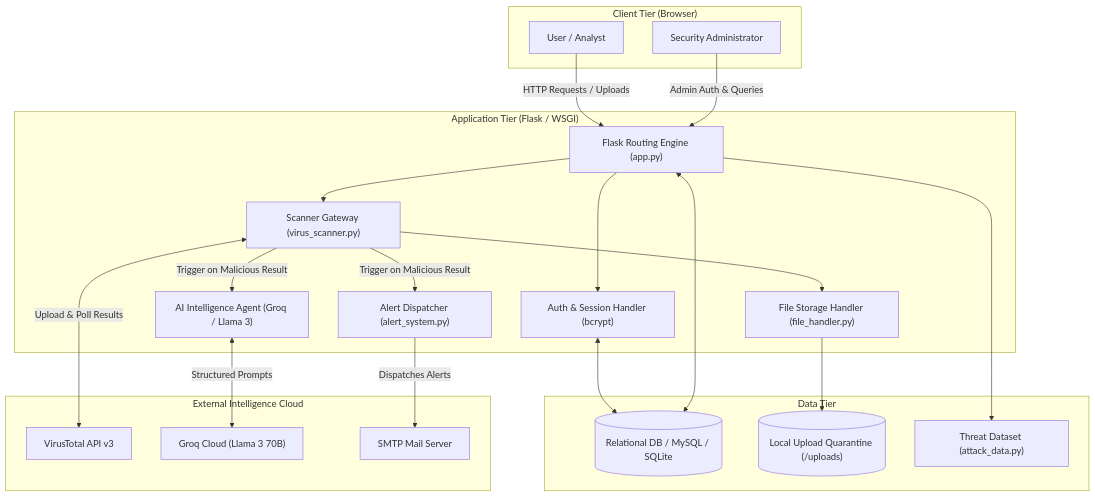
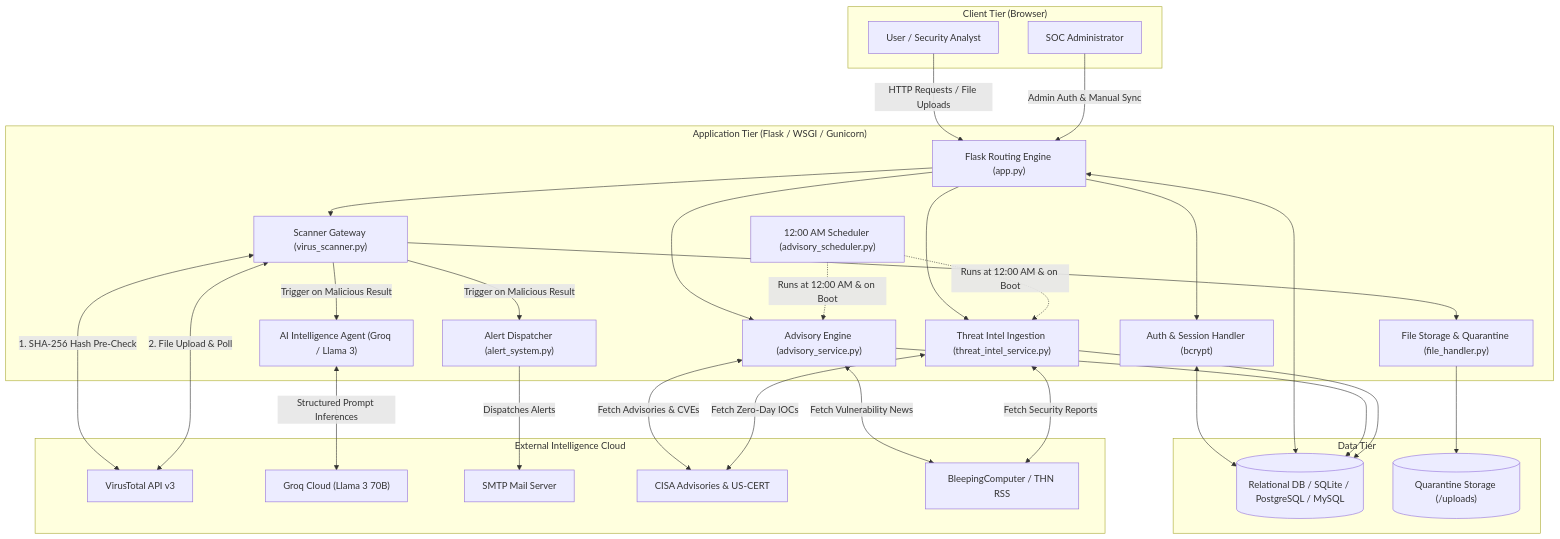
Before and after one commit to H4R5787/VirusGuard: the first of 4 diagrams in README.md, drawn with Mermaid. The commit also changed other lines of this file, not shown here.

Commit message:
docs: update README with full architecture, CISA threat intel pipeline, test suite, and database models

````diff
--- a/README.md
+++ b/README.md
@@ -70,44 +77,59 @@
 ```mermaid
 flowchart TD
     subgraph Client["Client Tier (Browser)"]
-        User["User / Analyst"]
-        AdminUser["Security Administrator"]
+        User["User / Security Analyst"]
+        AdminUser["SOC Administrator"]
     end
 
-    subgraph AppServer["Application Tier (Flask / WSGI)"]
+    subgraph AppServer["Application Tier (Flask / WSGI / Gunicorn)"]
         Router["Flask Routing Engine (app.py)"]
         AuthModule["Auth & Session Handler (bcrypt)"]
         ScannerModule["Scanner Gateway (virus_scanner.py)"]
         AIEngine["AI Intelligence Agent (Groq / Llama 3)"]
         AlertModule["Alert Dispatcher (alert_system.py)"]
-        FileModule["File Storage Handler (file_handler.py)"]
+        FileModule["File Storage & Quarantine (file_handler.py)"]
+        AdvisoryService["Advisory Engine (advisory_service.py)"]
+        ThreatIntel["Threat Intel Ingestion (threat_intel_service.py)"]
+        Scheduler["12:00 AM Scheduler (advisory_scheduler.py)"]
     end
 
     subgraph DataTier["Data Tier"]
-        DB[(Relational DB / MySQL / SQLite)]
-        DiskStorage[("Local Upload Quarantine (/uploads)")]
-        AttackData["Threat Dataset (attack_data.py)"]
+        DB[(Relational DB / SQLite / PostgreSQL / MySQL)]
+        DiskStorage[("Quarantine Storage (/uploads)")]
     end
 
     subgraph ExternalAPIs["External Intelligence Cloud"]
         VT["VirusTotal API v3"]
         GroqCloud["Groq Cloud (Llama 3 70B)"]
         SMTP["SMTP Mail Server"]
+        CISA["CISA Advisories & US-CERT"]
+        Feeds["BleepingComputer / THN RSS"]
     end
 
-    User -->|HTTP Requests / Uploads| Router
-    AdminUser -->|Admin Auth & Queries| Router
+    User -->|HTTP Requests / File Uploads| Router
+    AdminUser -->|Admin Auth & Manual Sync| Router
     Router --> AuthModule
     Router --> ScannerModule
-    Router --> AttackData
+    Router --> AdvisoryService
+    Router --> ThreatIntel
     AuthModule <--> DB
     Router <--> DB
 
     ScannerModule --> FileModule
     FileModule --> DiskStorage
-    ScannerModule <-->|Upload & Poll Results| VT
+    ScannerModule <-->|1. SHA-256 Hash Pre-Check| VT
+    ScannerModule <-->|2. File Upload & Poll| VT
     ScannerModule -->|Trigger on Malicious Result| AIEngine
     ScannerModule -->|Trigger on Malicious Result| AlertModule
-    AIEngine <-->|Structured Prompts| GroqCloud
+    AIEngine <-->|Structured Prompt Inferences| GroqCloud
     AlertModule -->|Dispatches Alerts| SMTP
+
+    Scheduler -.->|Runs at 12:00 AM & on Boot| AdvisoryService
+    Scheduler -.->|Runs at 12:00 AM & on Boot| ThreatIntel
+    AdvisoryService <-->|Fetch Advisories & CVEs| CISA
+    AdvisoryService <-->|Fetch Vulnerability News| Feeds
+    ThreatIntel <-->|Fetch Zero-Day IOCs| CISA
+    ThreatIntel <-->|Fetch Security Reports| Feeds
+    AdvisoryService --> DB
+    ThreatIntel --> DB
 ```
````
